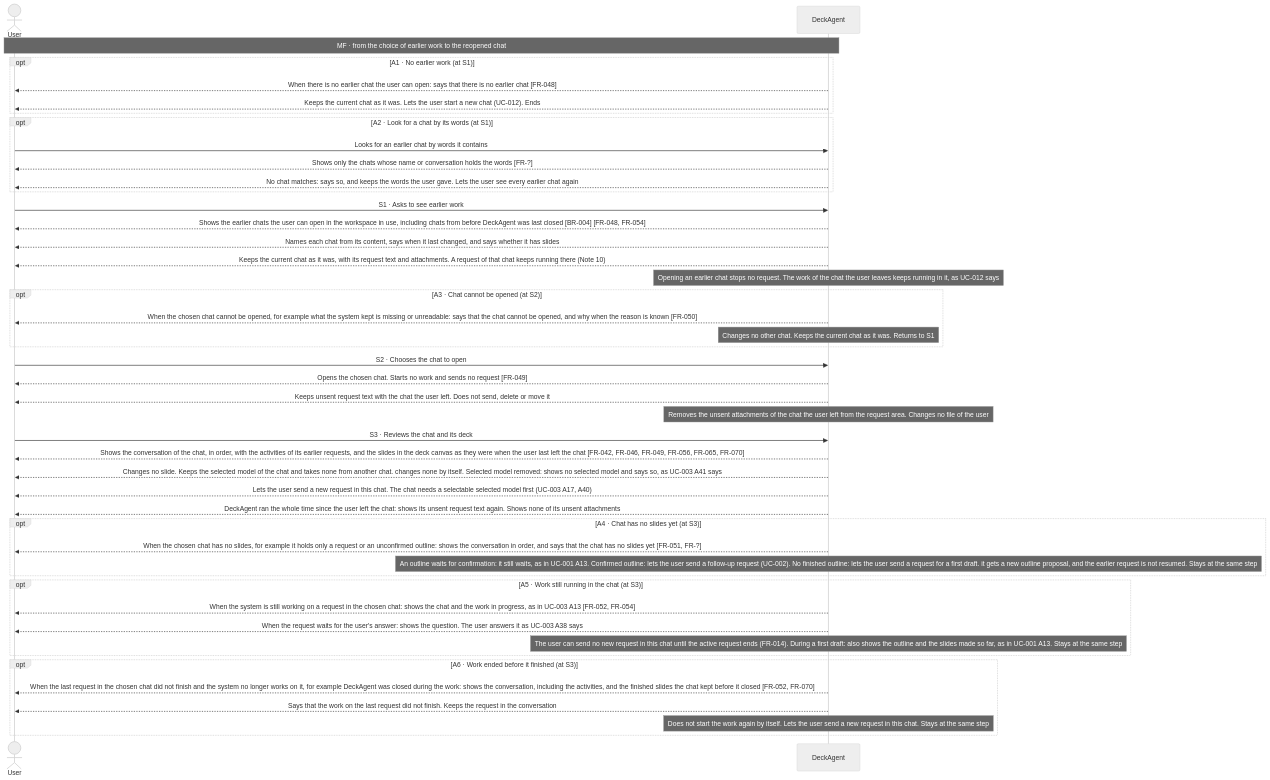
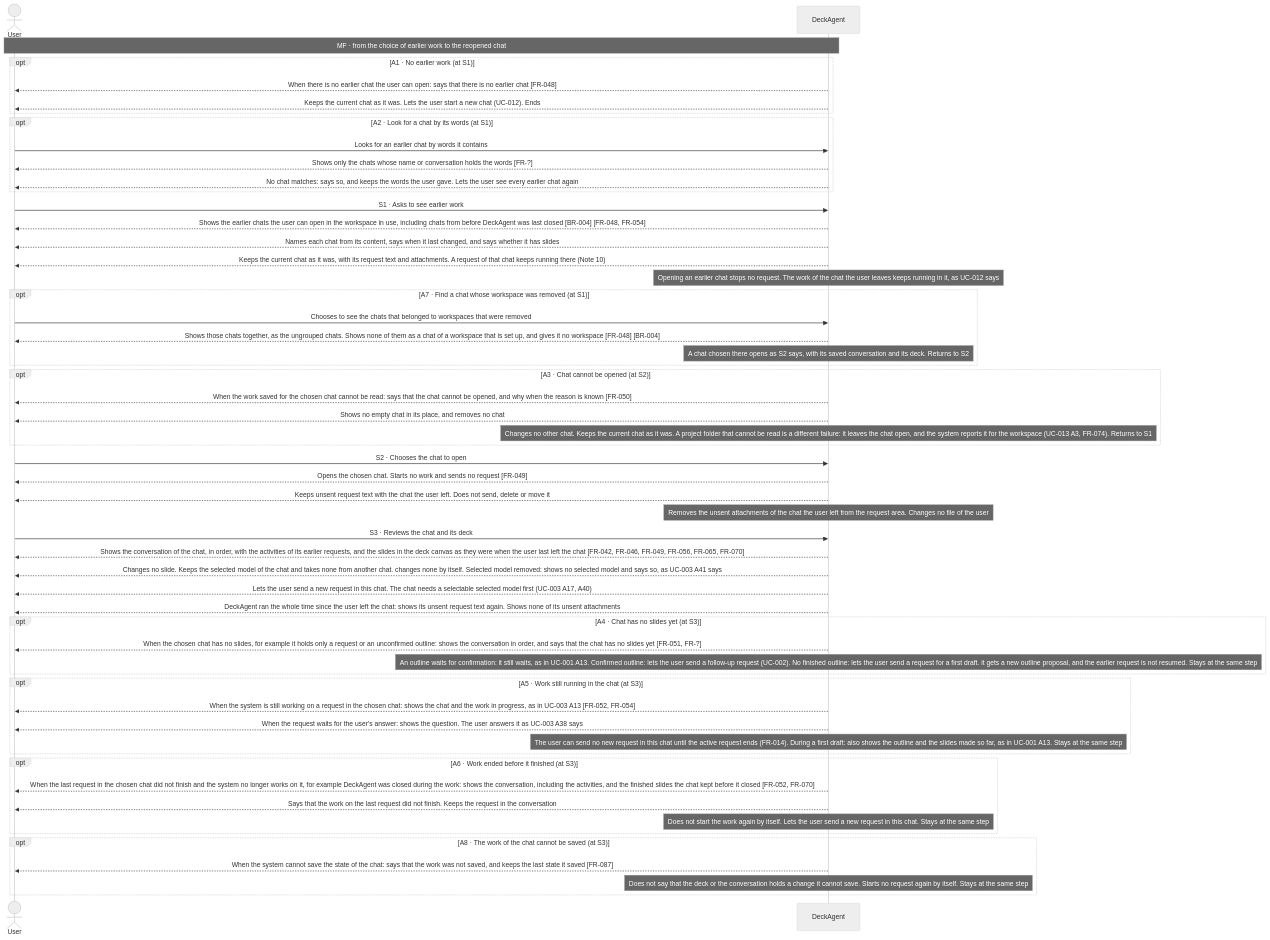
Before and after one commit to Luke23127006/DeckAgent: the diagram in docs/spec/03-use-cases/UC-006.md, drawn with Mermaid (neutral theme). The commit also changed other lines of this file and 31 other files, not shown here.

````diff
--- a/docs/spec/03-use-cases/UC-006.md
+++ b/docs/spec/03-use-cases/UC-006.md
@@ -40,47 +40,57 @@
 ```mermaid
 sequenceDiagram
     actor User
     participant DeckAgent
     Note over User,DeckAgent: MF · from the choice of earlier work to the reopened chat
     opt A1 · No earlier work (at S1)
         DeckAgent-->>User: When there is no earlier chat the user can open: says that there is no earlier chat [FR-048]
         DeckAgent-->>User: Keeps the current chat as it was. Lets the user start a new chat (UC-012). Ends
     end
     opt A2 · Look for a chat by its words (at S1)
         User->>DeckAgent: Looks for an earlier chat by words it contains
         DeckAgent-->>User: Shows only the chats whose name or conversation holds the words [FR-?]
         DeckAgent-->>User: No chat matches: says so, and keeps the words the user gave. Lets the user see every earlier chat again
     end
     User->>DeckAgent: S1 · Asks to see earlier work
     DeckAgent-->>User: Shows the earlier chats the user can open in the workspace in use, including chats from before DeckAgent was last closed [BR-004] [FR-048, FR-054]
     DeckAgent-->>User: Names each chat from its content, says when it last changed, and says whether it has slides
     DeckAgent-->>User: Keeps the current chat as it was, with its request text and attachments. A request of that chat keeps running there (Note 10)
     note over DeckAgent: Opening an earlier chat stops no request. The work of the chat the user leaves keeps running in it, as UC-012 says
+    opt A7 · Find a chat whose workspace was removed (at S1)
+        User->>DeckAgent: Chooses to see the chats that belonged to workspaces that were removed
+        DeckAgent-->>User: Shows those chats together, as the ungrouped chats. Shows none of them as a chat of a workspace that is set up, and gives it no workspace [FR-048] [BR-004]
+        note over DeckAgent: A chat chosen there opens as S2 says, with its saved conversation and its deck. Returns to S2
+    end
     opt A3 · Chat cannot be opened (at S2)
-        DeckAgent-->>User: When the chosen chat cannot be opened, for example what the system kept is missing or unreadable: says that the chat cannot be opened, and why when the reason is known [FR-050]
-        note over DeckAgent: Changes no other chat. Keeps the current chat as it was. Returns to S1
+        DeckAgent-->>User: When the work saved for the chosen chat cannot be read: says that the chat cannot be opened, and why when the reason is known [FR-050]
+        DeckAgent-->>User: Shows no empty chat in its place, and removes no chat
+        note over DeckAgent: Changes no other chat. Keeps the current chat as it was. A project folder that cannot be read is a different failure: it leaves the chat open, and the system reports it for the workspace (UC-013 A3, FR-074). Returns to S1
     end
     User->>DeckAgent: S2 · Chooses the chat to open
     DeckAgent-->>User: Opens the chosen chat. Starts no work and sends no request [FR-049]
     DeckAgent-->>User: Keeps unsent request text with the chat the user left. Does not send, delete or move it
     note over DeckAgent: Removes the unsent attachments of the chat the user left from the request area. Changes no file of the user
     User->>DeckAgent: S3 · Reviews the chat and its deck
     DeckAgent-->>User: Shows the conversation of the chat, in order, with the activities of its earlier requests, and the slides in the deck canvas as they were when the user last left the chat [FR-042, FR-046, FR-049, FR-056, FR-065, FR-070]
     DeckAgent-->>User: Changes no slide. Keeps the selected model of the chat and takes none from another chat. changes none by itself. Selected model removed: shows no selected model and says so, as UC-003 A41 says
     DeckAgent-->>User: Lets the user send a new request in this chat. The chat needs a selectable selected model first (UC-003 A17, A40)
     DeckAgent-->>User: DeckAgent ran the whole time since the user left the chat: shows its unsent request text again. Shows none of its unsent attachments
     opt A4 · Chat has no slides yet (at S3)
         DeckAgent-->>User: When the chosen chat has no slides, for example it holds only a request or an unconfirmed outline: shows the conversation in order, and says that the chat has no slides yet [FR-051, FR-?]
         note over DeckAgent: An outline waits for confirmation: it still waits, as in UC-001 A13. Confirmed outline: lets the user send a follow-up request (UC-002). No finished outline: lets the user send a request for a first draft. it gets a new outline proposal, and the earlier request is not resumed. Stays at the same step
     end
     opt A5 · Work still running in the chat (at S3)
         DeckAgent-->>User: When the system is still working on a request in the chosen chat: shows the chat and the work in progress, as in UC-003 A13 [FR-052, FR-054]
         DeckAgent-->>User: When the request waits for the user's answer: shows the question. The user answers it as UC-003 A38 says
         note over DeckAgent: The user can send no new request in this chat until the active request ends (FR-014). During a first draft: also shows the outline and the slides made so far, as in UC-001 A13. Stays at the same step
     end
     opt A6 · Work ended before it finished (at S3)
         DeckAgent-->>User: When the last request in the chosen chat did not finish and the system no longer works on it, for example DeckAgent was closed during the work: shows the conversation, including the activities, and the finished slides the chat kept before it closed [FR-052, FR-070]
         DeckAgent-->>User: Says that the work on the last request did not finish. Keeps the request in the conversation
         note over DeckAgent: Does not start the work again by itself. Lets the user send a new request in this chat. Stays at the same step
     end
+    opt A8 · The work of the chat cannot be saved (at S3)
+        DeckAgent-->>User: When the system cannot save the state of the chat: says that the work was not saved, and keeps the last state it saved [FR-087]
+        note over DeckAgent: Does not say that the deck or the conversation holds a change it cannot save. Starts no request again by itself. Stays at the same step
+    end
 ```
````
